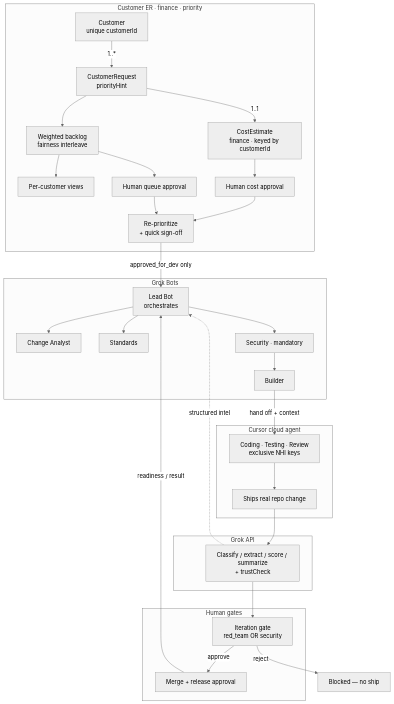
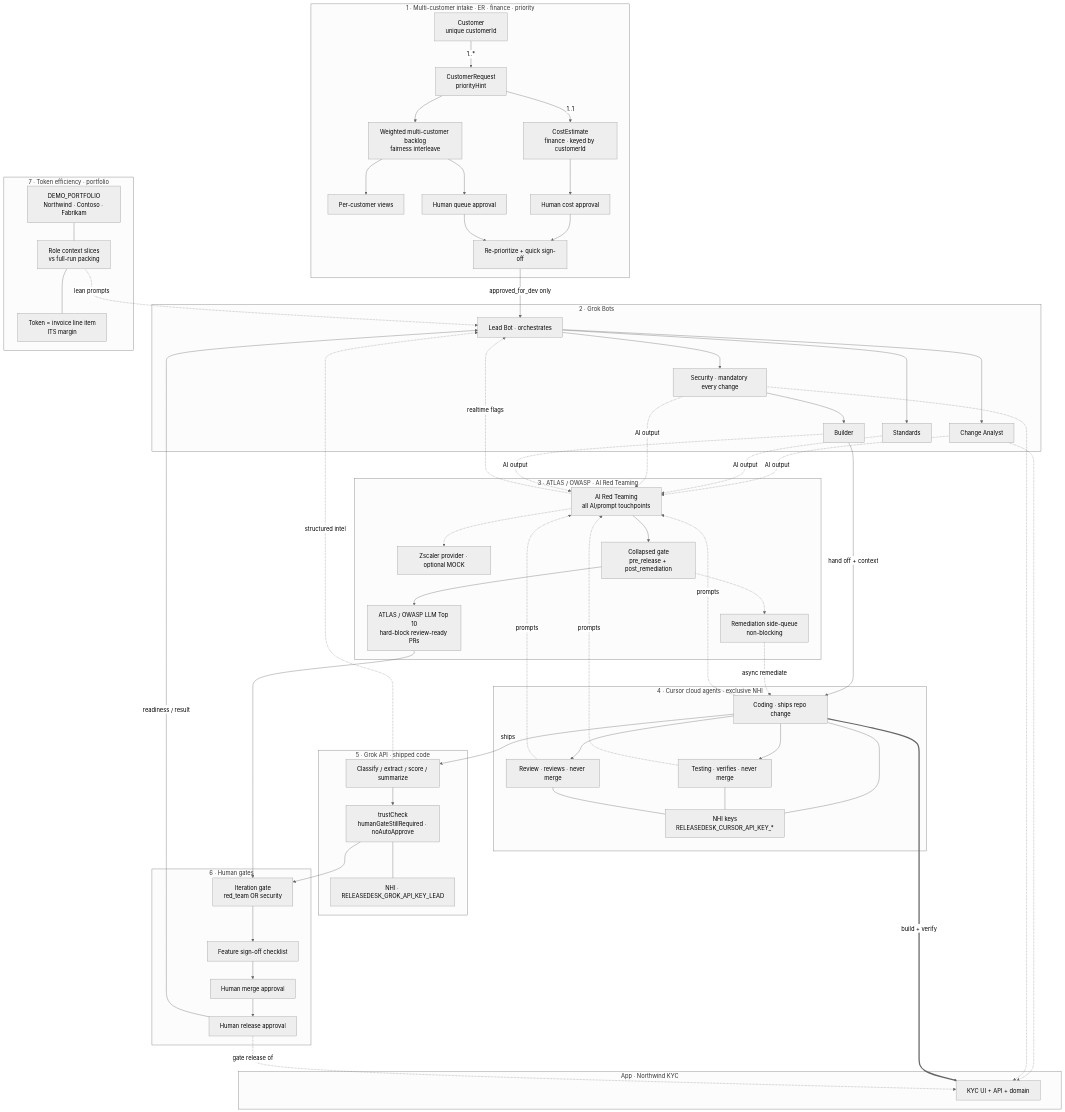
Before and after one commit to vishamathur/mvp-releasedesk: the diagram in docs/spacexai-demo-slides.md, drawn with Mermaid (neutral theme). The commit also changed other lines of this file and 4 other files, not shown here.

First line of the commit message:
Restore full SDLC workflow Mermaid on Slide 2

````diff
--- a/docs/spacexai-demo-slides.md
+++ b/docs/spacexai-demo-slides.md
@@ -44,14 +44,14 @@
 ```mermaid
 flowchart TB
-  subgraph Intake["Customer ER · finance · priority"]
+  subgraph Intake["1 · Multi-customer intake · ER · finance · priority"]
     Cust["Customer<br/>unique customerId"]
     Req["CustomerRequest<br/>priorityHint"]
     Cost["CostEstimate<br/>finance · keyed by customerId"]
-    Queue["Weighted backlog<br/>fairness interleave"]
+    Queue["Weighted multi-customer backlog<br/>fairness interleave"]
     Views["Per-customer views"]
     CostGate["Human cost approval"]
     QGate["Human queue approval"]
-    RePri["Re-prioritize<br/>+ quick sign-off"]
+    RePri["Re-prioritize + quick sign-off"]
     Cust -->|1..*| Req
     Req -->|1..1| Cost
     Req --> Queue
@@ -62,11 +62,11 @@
     QGate --> RePri
   end
 
-  subgraph GrokBots["Grok Bots"]
-    Lead["Lead Bot<br/>orchestrates"]
+  subgraph GrokBots["2 · Grok Bots"]
+    Lead["Lead Bot · orchestrates"]
     CA["Change Analyst"]
     Std["Standards"]
-    Sec["Security · mandatory"]
+    Sec["Security · mandatory every change"]
     Bld["Builder"]
     Lead --> CA
     Lead --> Std
@@ -74,27 +74,71 @@
     Sec --> Bld
   end
 
-  subgraph CursorLane["Cursor cloud agent"]
-    Agent["Coding · Testing · Review<br/>exclusive NHI keys"]
-    Repo["Ships real repo change"]
-    Agent --> Repo
+  subgraph RedTeam["3 · ATLAS / OWASP · AI Red Teaming"]
+    AIRed["AI Red Teaming<br/>all AI/prompt touchpoints"]
+    Zscal["Zscaler provider · optional MOCK"]
+    Collapsed["Collapsed gate<br/>pre_release + post_remediation"]
+    SideQ["Remediation side-queue<br/>non-blocking"]
+    Atlas["ATLAS / OWASP LLM Top 10<br/>hard-block review-ready PRs"]
+    AIRed --> Collapsed
+    AIRed -.-> Zscal
+    Collapsed -.-> SideQ
+    Collapsed --> Atlas
   end
 
-  subgraph GrokAPI["Grok API"]
-    Intel["Classify / extract / score / summarize<br/>+ trustCheck"]
+  subgraph CursorLane["4 · Cursor cloud agents · exclusive NHI"]
+    Coding["Coding · ships repo change"]
+    Testing["Testing · verifies · never merge"]
+    Review["Review · reviews · never merge"]
+    NHI["NHI keys<br/>RELEASEDESK_CURSOR_API_KEY_*"]
+    Coding --- NHI
+    Testing --- NHI
+    Review --- NHI
   end
 
-  subgraph Humans["Human gates"]
+  subgraph GrokAPI["5 · Grok API · shipped code"]
+    Intel["Classify / extract / score / summarize"]
+    Trust["trustCheck<br/>humanGateStillRequired · noAutoApprove"]
+    LeadKey["NHI · RELEASEDESK_GROK_API_KEY_LEAD"]
+    Intel --> Trust
+    Trust --- LeadKey
+  end
+
+  subgraph Humans["6 · Human gates"]
     Iter["Iteration gate<br/>red_team OR security"]
-    Merge["Merge + release approval"]
+    FeatSO["Feature sign-off checklist"]
+    Merge["Human merge approval"]
+    Rel["Human release approval"]
+    Iter --> FeatSO --> Merge --> Rel
+  end
+
+  subgraph Efficiency["7 · Token efficiency · portfolio"]
+    Portfolio["DEMO_PORTFOLIO<br/>Northwind · Contoso · Fabrikam"]
+    Slice["Role context slices<br/>vs full-run packing"]
+    Margin["Token = invoice line item<br/>ITS margin"]
+    Portfolio --- Slice --- Margin
+  end
+
+  subgraph APP["App · Northwind KYC"]
+    KYC["KYC UI + API + domain"]
   end
 
   RePri -->|"approved_for_dev only"| Lead
-  Bld -->|"hand off + context"| Agent
-  Repo --> Intel
-  Intel --> Iter
-  Iter -->|approve| Merge
-  Iter -->|reject| Blocked["Blocked — no ship"]
-  Merge -->|"readiness / result"| Lead
+  CA & Std & Sec & Bld -.->|AI output| AIRed
+  AIRed -.->|realtime flags| Lead
+  Bld -->|"hand off + context"| Coding
+  Coding --> Testing
+  Coding --> Review
+  SideQ -.->|async remediate| Coding
+  Coding -->|"ships"| Intel
+  Coding & Testing & Review -.->|prompts| AIRed
+  Atlas --> Iter
+  Trust --> Iter
+  Rel -->|"readiness / result"| Lead
   Intel -.->|"structured intel"| Lead
+  Slice -.->|lean prompts| Lead
+  CA -.-> KYC
+  Sec -.-> KYC
+  Coding ==>|build + verify| KYC
+  Rel -.->|gate release of| KYC
 ```
````
